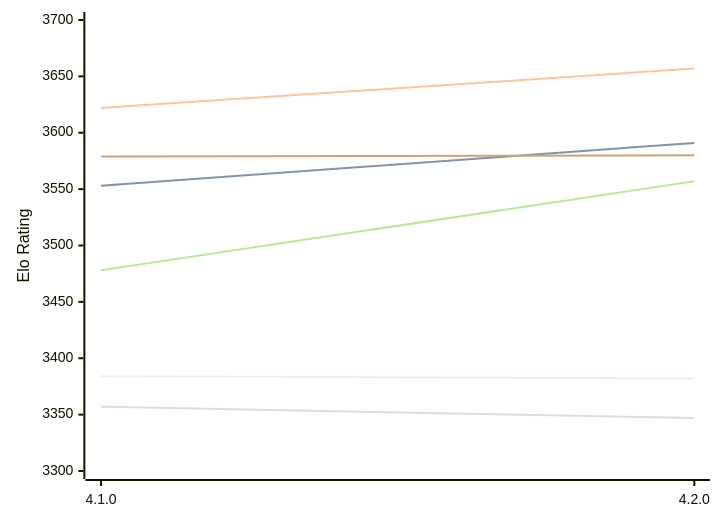
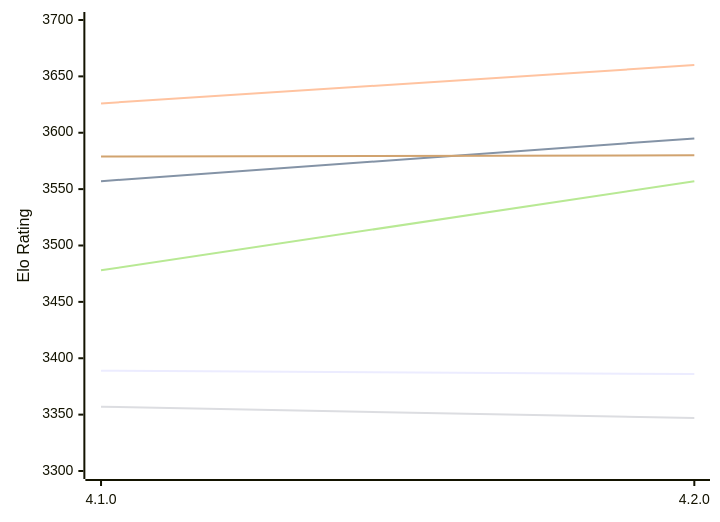
One commit to computer-chess-index/cci changed the first of 2 diagrams in engines/Raphael.md. Above: the diagram before and after it, drawn with Mermaid. The commit also changed other lines of this file, not shown here.

Commit message:
Update CCI Ratings (ELO VLTC) - 2026-11-22

````diff
--- a/engines/Raphael.md
+++ b/engines/Raphael.md
@@ -59,12 +59,12 @@
 ```mermaid
 %%{init: {"theme":"base","themeVariables":{"seriesColors:['#a3a3a3','#222221','#faa371']}}}%%
 xychart-beta
   x-axis ["4.1.0", "4.2.0"]
   y-axis "Elo Rating" 3300 --> 3700
-  line "E1: STC (8.0+0.08s)" [3384, 3382]
-  line "E1: LTC (60.0+0.60s)" [3553, 3591]
-  line "E1: VLTC (2m24s+1.12s)" [3622, 3657]
+  line "E1: STC (8.0+0.08s)" [3389, 3386]
+  line "E1: LTC (60.0+0.60s)" [3557, 3595]
+  line "E1: VLTC (2m24s+1.12s)" [3626, 3660]
   line "P1: STC (8.0+0.08s)" [3357, 3347]
   line "P1: LTC (60.0+0.60s)" [3478, 3557]
   line "P1: VLTC (2m24s+1.12s)" [3579, 3580]
 ```
````
